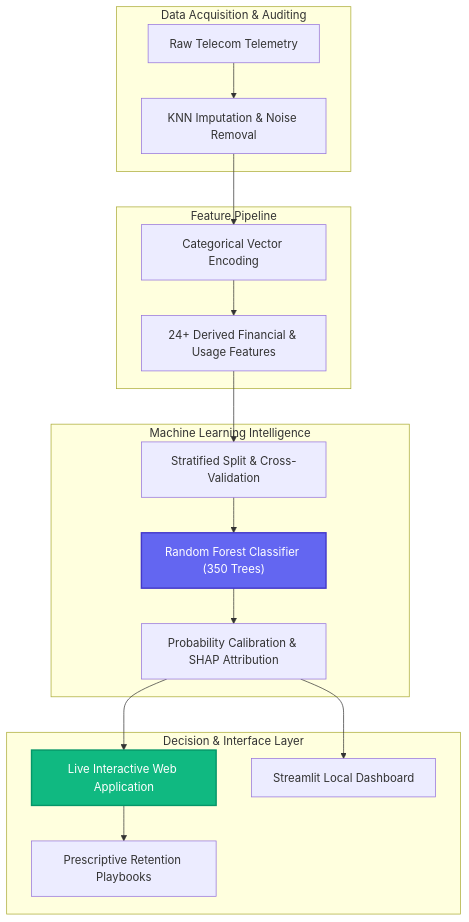
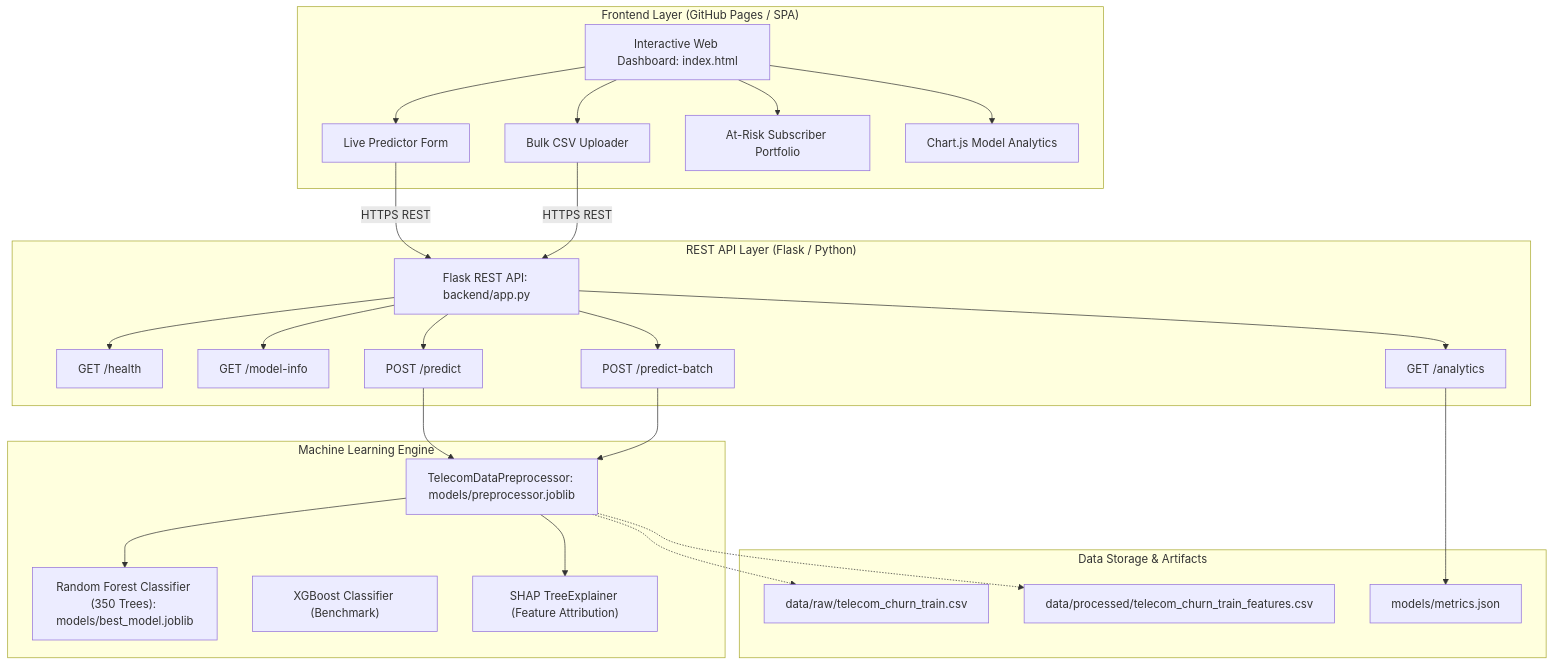
One commit to UMARMUKTHAR03/customer-churn-prediction changed the diagram in README.md. Above: the diagram before and after it, drawn with Mermaid. The commit also changed other lines of this file and 27 other files, not shown here.

Commit message:
feat: complete end-to-end Customer Churn Prediction platform with verified ML models, Flask REST API, SHAP explainability, bulk CSV inference, and upgraded dashboard

````diff
--- a/README.md
+++ b/README.md
@@ -52,26 +57,39 @@
 ```mermaid
 graph TD
-    subgraph "Data Acquisition & Auditing"
-        A[Raw Telecom Telemetry] --> B[KNN Imputation & Noise Removal]
+    subgraph "Frontend Layer (GitHub Pages / SPA)"
+        UI[Interactive Web Dashboard: index.html]
+        LP[Live Predictor Form]
+        BP[Bulk CSV Uploader]
+        AP[At-Risk Subscriber Portfolio]
+        AN[Chart.js Model Analytics]
     end
 
-    subgraph "Feature Pipeline"
-        B --> C[Categorical Vector Encoding]
-        C --> D[24+ Derived Financial & Usage Features]
+    subgraph "REST API Layer (Flask / Python)"
+        API[Flask REST API: backend/app.py]
+        H_EP["GET /health"]
+        M_EP["GET /model-info"]
+        A_EP["GET /analytics"]
+        P_EP["POST /predict"]
+        PB_EP["POST /predict-batch"]
     end
 
-    subgraph "Machine Learning Intelligence"
-        D --> E[Stratified Split & Cross-Validation]
-        E --> F["Random Forest Classifier (350 Trees)"]
-        F --> G[Probability Calibration & SHAP Attribution]
+    subgraph "Machine Learning Engine"
+        PREP[TelecomDataPreprocessor: models/preprocessor.joblib]
+        RF["Random Forest Classifier (350 Trees): models/best_model.joblib"]
+        XGB["XGBoost Classifier (Benchmark)"]
+        SHAP["SHAP TreeExplainer (Feature Attribution)"]
     end
 
-    subgraph "Decision & Interface Layer"
-        G --> H[Live Interactive Web Application]
-        G --> I[Streamlit Local Dashboard]
-        H --> J[Prescriptive Retention Playbooks]
+    subgraph "Data Storage & Artifacts"
+        RAW["data/raw/telecom_churn_train.csv"]
+        PROC["data/processed/telecom_churn_train_features.csv"]
+        METRICS["models/metrics.json"]
     end
 
-    style F fill:#6366F1,stroke:#4338CA,stroke-width:2px,color:#fff
-    style H fill:#10B981,stroke:#059669,stroke-width:2px,color:#fff
+    UI --> LP & BP & AP & AN
+    LP & BP -->|HTTPS REST| API
+    API --> H_EP & M_EP & A_EP & P_EP & PB_EP
+    P_EP & PB_EP --> PREP --> RF & SHAP
+    A_EP --> METRICS
+    PREP -.-> RAW & PROC
 ```
````
